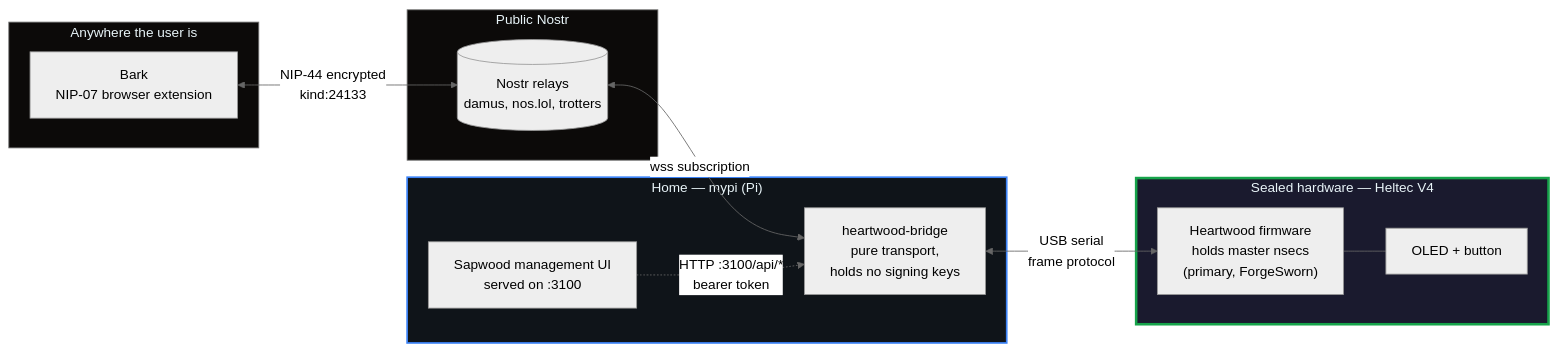
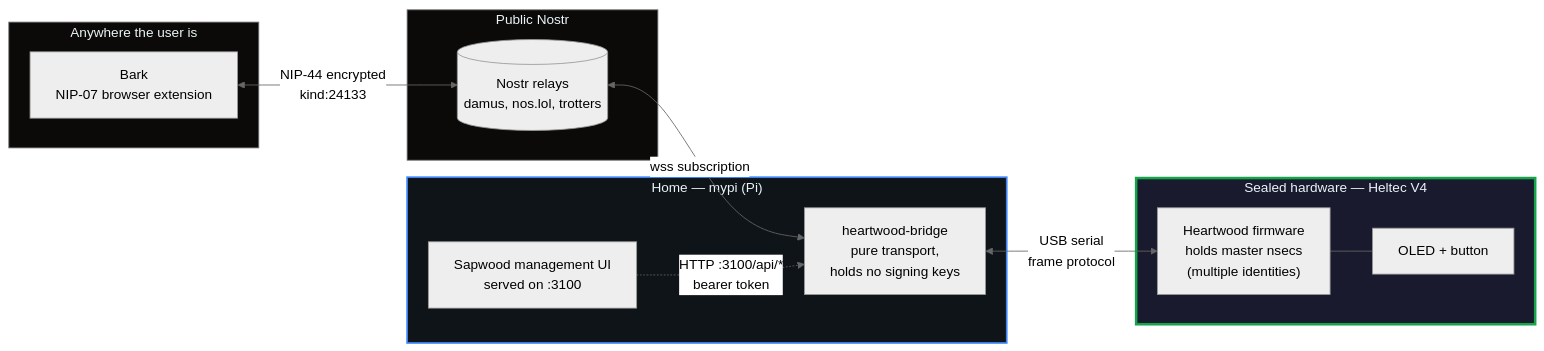
One commit to forgesworn/heartwood-esp32 changed the first of 5 diagrams in docs/architecture.md. Above: the diagram before and after it, drawn with Mermaid (neutral theme). The commit also changed other lines of this file and 31 other files, not shown here.

````diff
--- a/docs/architecture.md
+++ b/docs/architecture.md
@@ -10,31 +10,31 @@
 ```mermaid
 flowchart LR
     subgraph Anywhere["Anywhere the user is"]
         Bark["Bark<br/>NIP-07 browser extension"]
     end
 
     subgraph Public["Public Nostr"]
         Relays[("Nostr relays<br/>damus, nos.lol, trotters")]
     end
 
     subgraph Home["Home — mypi (Pi)"]
         Bridge["heartwood-bridge<br/>pure transport,<br/>holds no signing keys"]
         Sapwood["Sapwood management UI<br/>served on :3100"]
     end
 
     subgraph HSM["Sealed hardware — Heltec V4"]
-        Firmware["Heartwood firmware<br/>holds master nsecs<br/>(primary, ForgeSworn)"]
+        Firmware["Heartwood firmware<br/>holds master nsecs<br/>(multiple identities)"]
         OLED["OLED + button"]
     end
 
     Bark <-->|"NIP-44 encrypted<br/>kind:24133"| Relays
     Relays <-->|"wss subscription"| Bridge
     Bridge <-->|"USB serial<br/>frame protocol"| Firmware
     Firmware --- OLED
     Sapwood -.->|"HTTP :3100/api/*<br/>bearer token"| Bridge
 
     style HSM fill:#1a1a2e,stroke:#16a34a,stroke-width:3px,color:#e8f4f8
     style Home fill:#0f1419,stroke:#3b82f6,stroke-width:2px,color:#e8f4f8
     style Public fill:#0c0a09,stroke:#737373,color:#e8f4f8
     style Anywhere fill:#0c0a09,stroke:#737373,color:#e8f4f8
 ```
````
